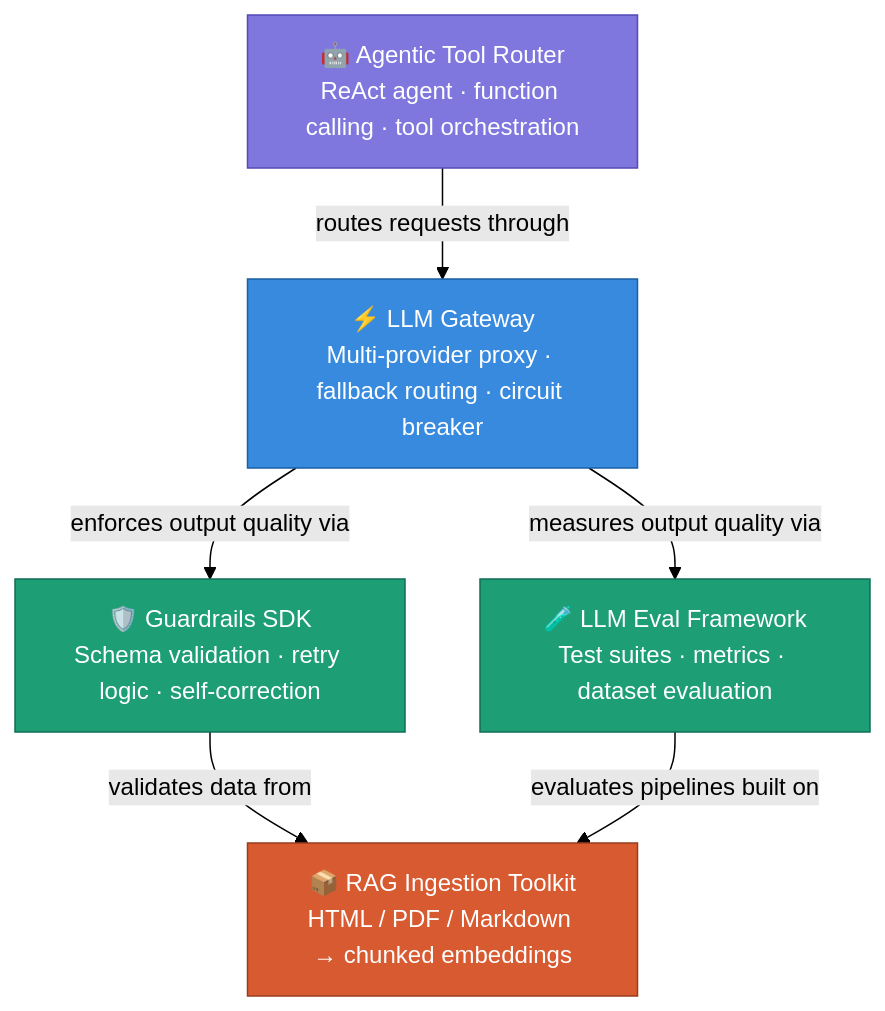
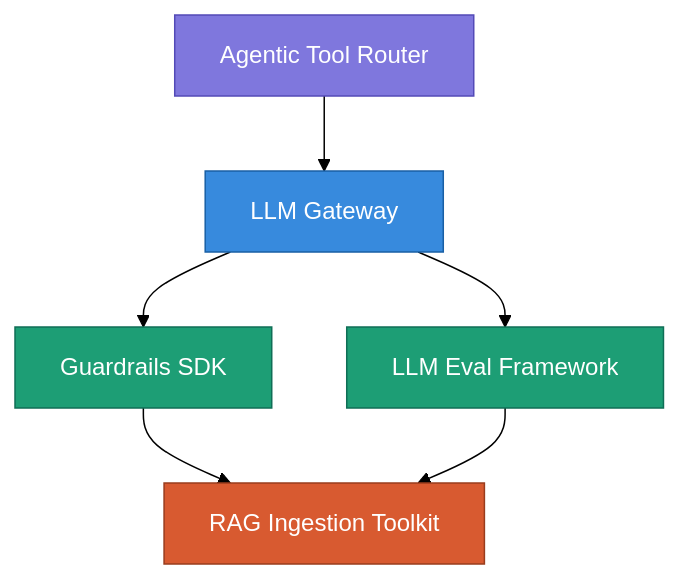
One commit to vola-trebla/llm-infrastructure changed the diagram in README.md. Above: the diagram before and after it, drawn with Mermaid (forest theme). The commit also changed other lines of this file, not shown here.

Commit message:
Simplify Mermaid diagram and add layer legend

````diff
--- a/README.md
+++ b/README.md
@@ -9,20 +9,20 @@
 ```mermaid
 graph TD
-    A["🤖 Agentic Tool Router\nReAct agent · function calling · tool orchestration"]
-    B["⚡ LLM Gateway\nMulti-provider proxy · fallback routing · circuit breaker"]
-    C["🛡️ Guardrails SDK\nSchema validation · retry logic · self-correction"]
-    D["🧪 LLM Eval Framework\nTest suites · metrics · dataset evaluation"]
-    E["📦 RAG Ingestion Toolkit\nHTML / PDF / Markdown → chunked embeddings"]
+    A[Agentic Tool Router]
+    B[LLM Gateway]
+    C[Guardrails SDK]
+    D[LLM Eval Framework]
+    E[RAG Ingestion Toolkit]
 
-    A -->|routes requests through| B
-    B -->|enforces output quality via| C
-    B -->|measures output quality via| D
-    C -->|validates data from| E
-    D -->|evaluates pipelines built on| E
+    A --> B
+    B --> C
+    B --> D
+    C --> E
+    D --> E
 
     style A fill:#7F77DD,stroke:#534AB7,color:#fff
     style B fill:#378ADD,stroke:#185FA5,color:#fff
     style C fill:#1D9E75,stroke:#0F6E56,color:#fff
     style D fill:#1D9E75,stroke:#0F6E56,color:#fff
     style E fill:#D85A30,stroke:#993C1D,color:#fff
 ```
````
